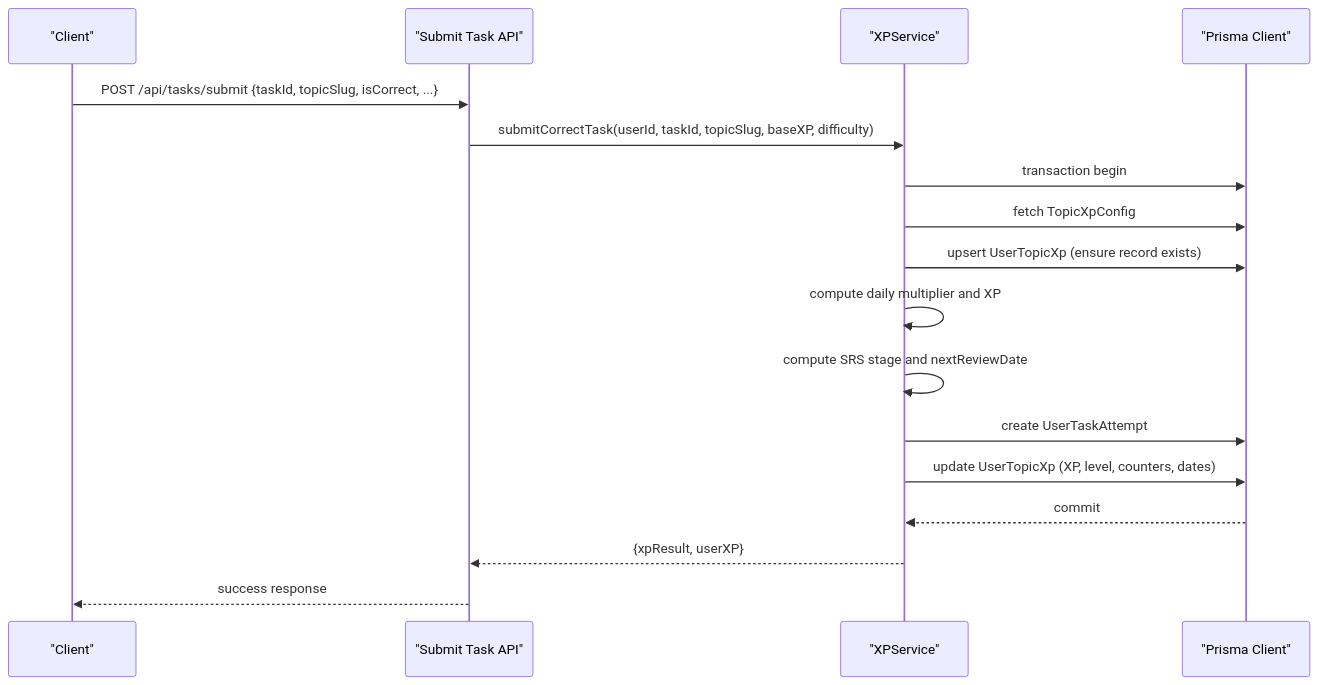
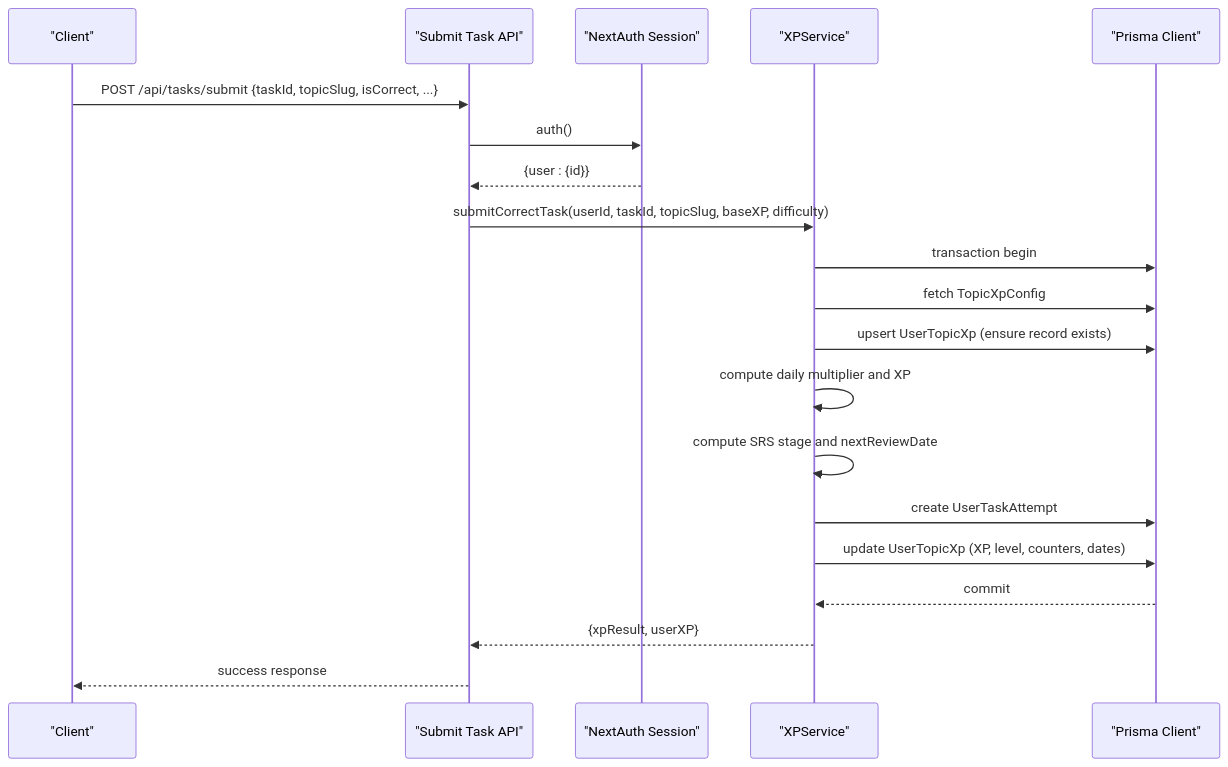
Before and after one commit to AlexKutz/math-app-next-js: the third of 7 diagrams in .qoder/repowiki/en/content/Database Design.md, drawn with Mermaid. The commit also changed other lines of this file and 125 other files, not shown here.

````diff
--- a/.qoder/repowiki/en/content/Database Design.md
+++ b/.qoder/repowiki/en/content/Database Design.md
@@ -229,19 +281,22 @@
 ```mermaid
 sequenceDiagram
 participant Client as "Client"
 participant API as "Submit Task API"
+participant Auth as "NextAuth Session"
 participant Service as "XPService"
 participant DB as "Prisma Client"
 Client->>API : POST /api/tasks/submit {taskId, topicSlug, isCorrect, ...}
+API->>Auth : auth()
+Auth-->>API : {user : {id}}
 API->>Service : submitCorrectTask(userId, taskId, topicSlug, baseXP, difficulty)
 Service->>DB : transaction begin
 Service->>DB : fetch TopicXpConfig
 Service->>DB : upsert UserTopicXp (ensure record exists)
 Service->>Service : compute daily multiplier and XP
 Service->>Service : compute SRS stage and nextReviewDate
 Service->>DB : create UserTaskAttempt
 Service->>DB : update UserTopicXp (XP, level, counters, dates)
 DB-->>Service : commit
 Service-->>API : {xpResult, userXP}
 API-->>Client : success response
 ```
````
